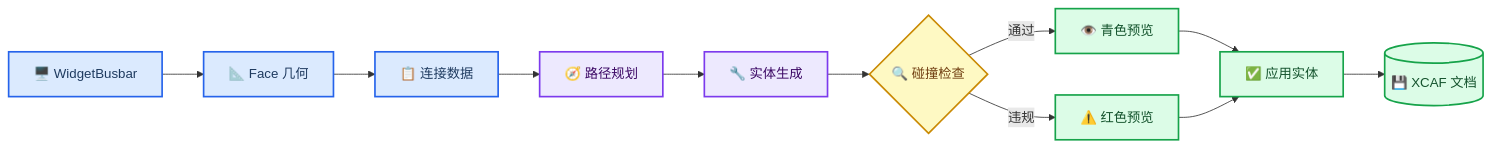
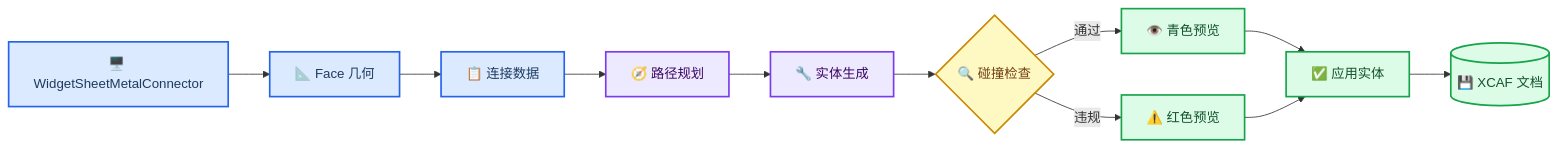
The diagram in doc/CN/sheet_metal_connector_implementation_CN.md (bezierC0/Qt_OCC), drawn with Mermaid before and after one commit. The commit also changed other lines of this file and 25 other files, not shown here.

Commit message:
feat : sheet metal

````diff
--- a/doc/CN/sheet_metal_connector_implementation_CN.md
+++ b/doc/CN/sheet_metal_connector_implementation_CN.md
@@ -15,26 +15,26 @@
 ```mermaid
 flowchart LR
     accTitle: 钣金连接内部架构
     accDescr: 从交互拾取到路径规划、实体生成、碰撞检查、预览和 XCAF 写入的主要数据流
 
-    ui[🖥️ WidgetBusbar] --> face_geometry[📐 Face 几何]
+    ui[🖥️ WidgetSheetMetalConnector] --> face_geometry[📐 Face 几何]
     face_geometry --> model[📋 连接数据]
     model --> route_planner[🧭 路径规划]
     route_planner --> builder[🔧 实体生成]
     builder --> collision_checker{🔍 碰撞检查}
     collision_checker -->|通过| preview[👁️ 青色预览]
     collision_checker -->|违规| warning[⚠️ 红色预览]
     preview --> apply[✅ 应用实体]
     warning --> apply
     apply --> xcaf[(💾 XCAF 文档)]
 
     classDef input fill:#dbeafe,stroke:#2563eb,stroke-width:2px,color:#1e3a5f
     classDef geometry fill:#ede9fe,stroke:#7c3aed,stroke-width:2px,color:#3b0764
     classDef decision fill:#fef9c3,stroke:#ca8a04,stroke-width:2px,color:#713f12
     classDef output fill:#dcfce7,stroke:#16a34a,stroke-width:2px,color:#14532d
 
     class ui,face_geometry,model input
     class route_planner,builder geometry
     class collision_checker decision
     class preview,warning,apply,xcaf output
 ```
````
